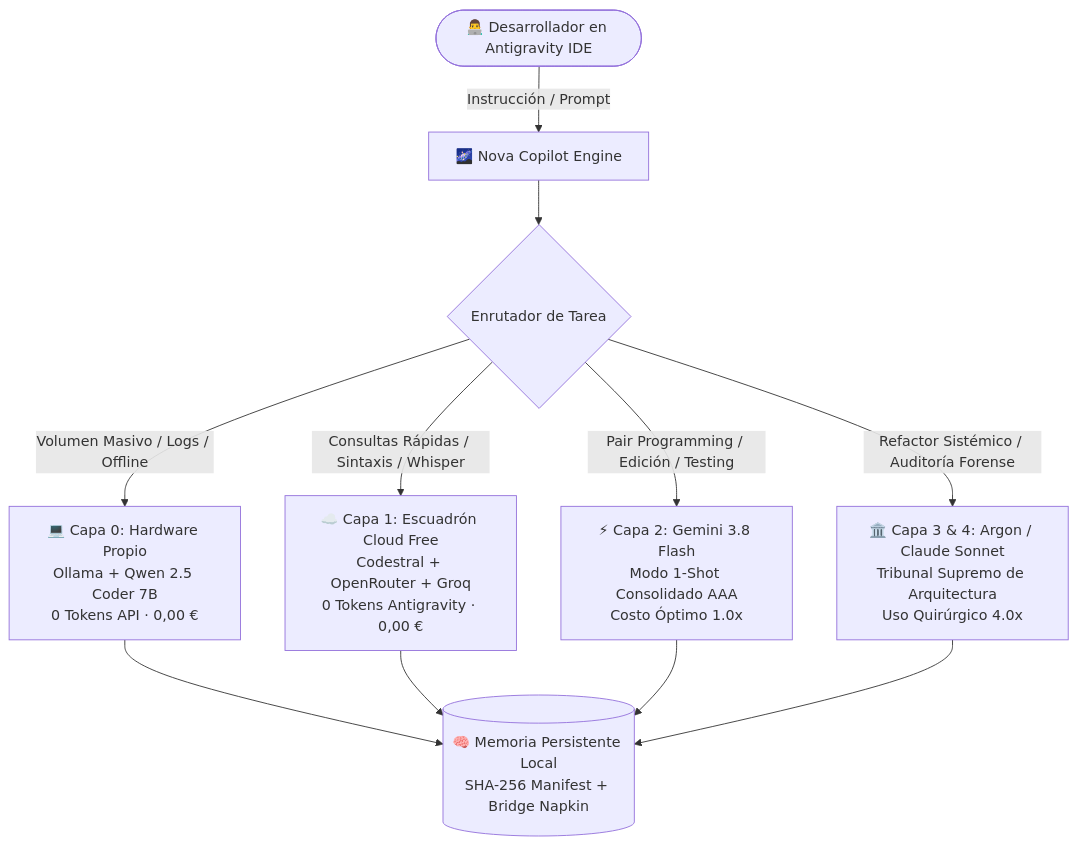
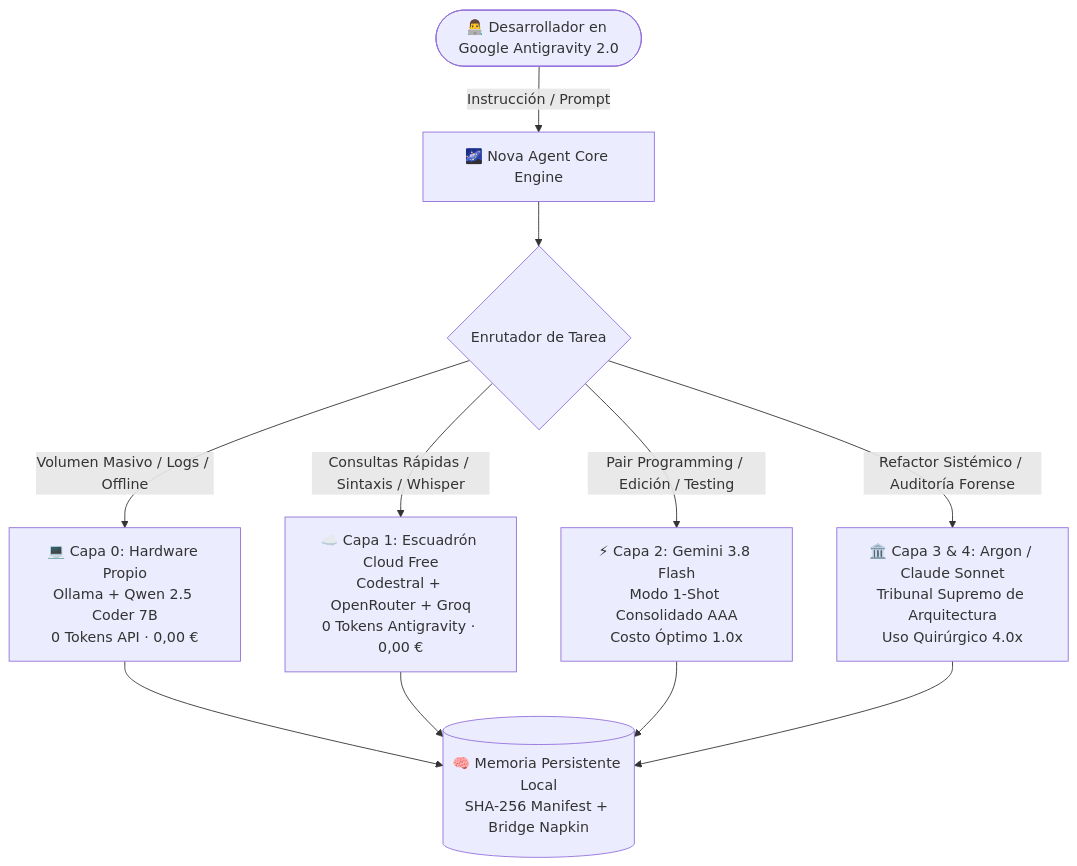
The diagram in README.md (Luaz2021/Nova-Agent-Core-Demo), drawn with Mermaid before and after one commit. The commit also changed other lines of this file and 3 other files, not shown here.

Commit message:
feat: rebautizo oficial a Nova Agent, catalogo detallado de 119 skills, clausula NOTICE anti-plagio y guia de publicacion

````diff
--- a/README.md
+++ b/README.md
@@ -25,16 +47,16 @@
 ```mermaid
 flowchart TD
-    User([👨‍💻 Desarrollador en Antigravity IDE]) -->|Instrucción / Prompt| Nova[🌌 Nova Copilot Engine]
+    User([👨‍💻 Desarrollador en Google Antigravity 2.0]) -->|Instrucción / Prompt| Nova[🌌 Nova Agent Core Engine]
     
     Nova --> Dispatcher{Enrutador de Tarea}
     
     Dispatcher -->|Volumen Masivo / Logs / Offline| Capa0[💻 Capa 0: Hardware Propio<br>Ollama + Qwen 2.5 Coder 7B<br>0 Tokens API · 0,00 €]
     Dispatcher -->|Consultas Rápidas / Sintaxis / Whisper| Capa1[☁️ Capa 1: Escuadrón Cloud Free<br>Codestral + OpenRouter + Groq<br>0 Tokens Antigravity · 0,00 €]
     Dispatcher -->|Pair Programming / Edición / Testing| Capa2[⚡ Capa 2: Gemini 3.8 Flash<br>Modo 1-Shot Consolidado AAA<br>Costo Óptimo 1.0x]
     Dispatcher -->|Refactor Sistémico / Auditoría Forense| Capa3[🏛️ Capa 3 & 4: Argon / Claude Sonnet<br>Tribunal Supremo de Arquitectura<br>Uso Quirúrgico 4.0x]
     
     Capa0 --> LocalVault[(🧠 Memoria Persistente Local<br>SHA-256 Manifest + Bridge Napkin)]
     Capa1 --> LocalVault
     Capa2 --> LocalVault
     Capa3 --> LocalVault
 ```
````
